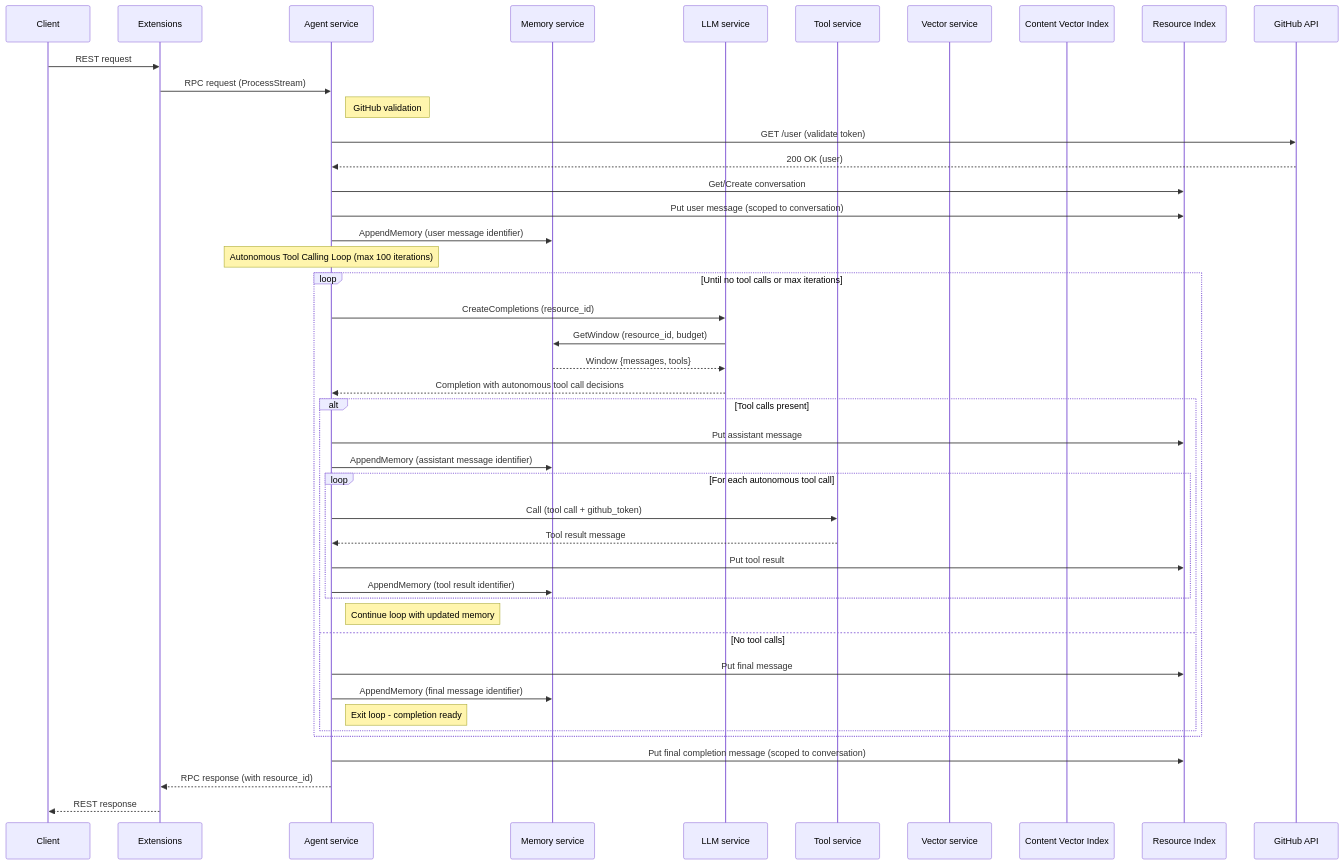
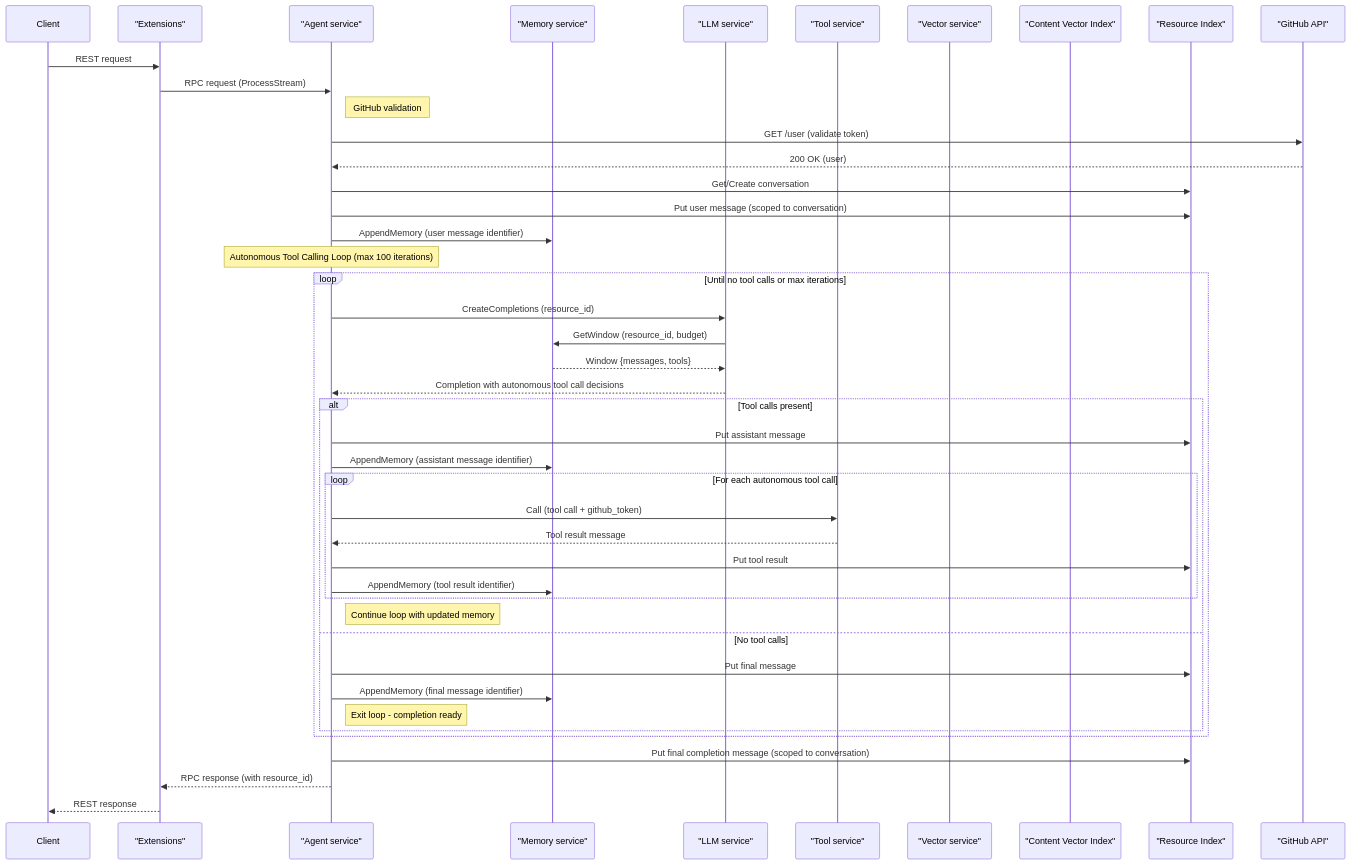
Before and after one commit to copilot-ld/copilot-ld: the first of 3 diagrams in docs/architecture.md, drawn with Mermaid. The commit also changed other lines of this file and 4 other files, not shown here.

Commit message:
docs: fix mermaid preview and document libmcp

````diff
--- a/docs/architecture.md
+++ b/docs/architecture.md
@@ -104,53 +104,53 @@
 ```mermaid
 sequenceDiagram
     participant Client
-    participant Extension as Extensions
-    participant Agent as Agent service
-    participant Memory as Memory service
-    participant LLM as LLM service
-    participant Tool as Tool service
-    participant Vector as Vector service
-    participant ContentIndex as Content Vector Index
-    participant ResourceIndex as Resource Index
-    participant GitHub as GitHub API
+  participant Extension as "Extensions"
+  participant Agent as "Agent service"
+  participant Memory as "Memory service"
+  participant LLM as "LLM service"
+  participant Tool as "Tool service"
+  participant Vector as "Vector service"
+  participant ContentIndex as "Content Vector Index"
+  participant ResourceIndex as "Resource Index"
+  participant GitHub as "GitHub API"
 
     Client->>Extension: REST request
     Extension->>Agent: RPC request (ProcessStream)
 
     Note right of Agent: GitHub validation
     Agent->>GitHub: GET /user (validate token)
     GitHub-->>Agent: 200 OK (user)
 
     Agent->>ResourceIndex: Get/Create conversation
     Agent->>ResourceIndex: Put user message (scoped to conversation)
     Agent->>Memory: AppendMemory (user message identifier)
 
     Note over Agent: Autonomous Tool Calling Loop (max 100 iterations)
     loop Until no tool calls or max iterations
         Agent->>LLM: CreateCompletions (resource_id)
         LLM->>Memory: GetWindow (resource_id, budget)
         Memory-->>LLM: Window {messages, tools}
         LLM-->>Agent: Completion with autonomous tool call decisions
 
         alt Tool calls present
             Agent->>ResourceIndex: Put assistant message
             Agent->>Memory: AppendMemory (assistant message identifier)
             loop For each autonomous tool call
                 Agent->>Tool: Call (tool call + github_token)
                 Tool-->>Agent: Tool result message
                 Agent->>ResourceIndex: Put tool result
                 Agent->>Memory: AppendMemory (tool result identifier)
             end
             Note right of Agent: Continue loop with updated memory
         else No tool calls
             Agent->>ResourceIndex: Put final message
             Agent->>Memory: AppendMemory (final message identifier)
             Note right of Agent: Exit loop - completion ready
         end
     end
 
     Agent->>ResourceIndex: Put final completion message (scoped to conversation)
 
     Agent-->>Extension: RPC response (with resource_id)
     Extension-->>Client: REST response
 ```
````
